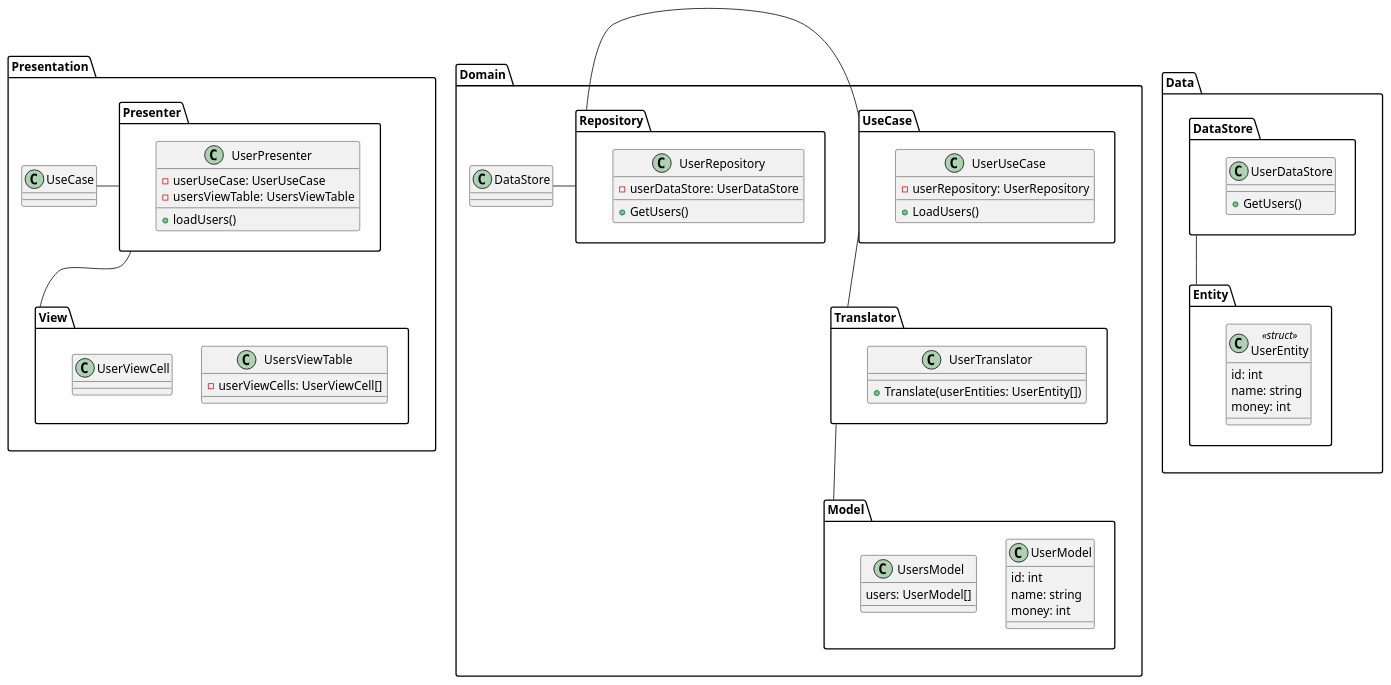
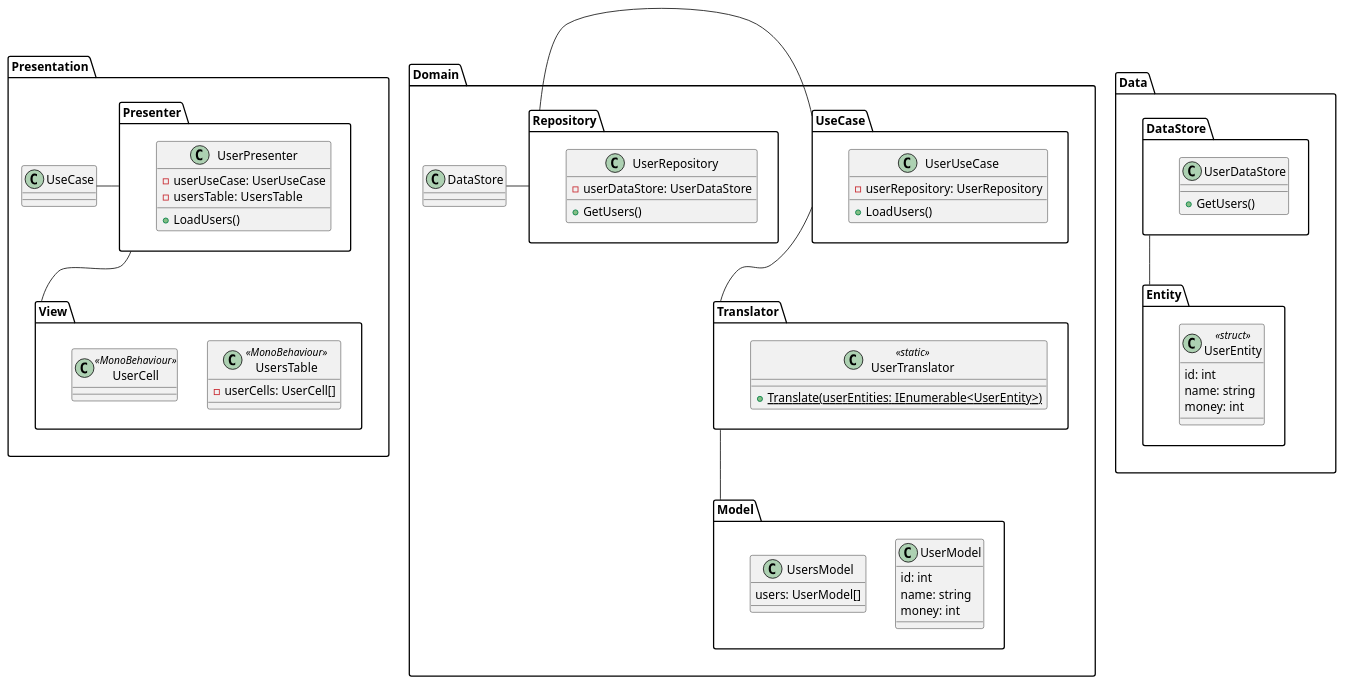
Before and after one commit to ajingu/Quest: the diagram in Architecture/architecture.puml, drawn with PlantUML. The commit also changed 37 other files, not shown here.

```diff
--- a/Architecture/architecture.puml
+++ b/Architecture/architecture.puml
@@ -4,104 +4,104 @@
 @startuml
 package Presentation
 {
     package View
     {
-        class UsersViewTable
+        class UsersTable << MonoBehaviour >>
         {
-            - userViewCells: UserViewCell[]
+            - userCells: UserCell[]
         }
         
-        class UserViewCell
+        class UserCell << MonoBehaviour >>
         {
             
         }
     }
     
     package Presenter
     {
         class UserPresenter
         {
             - userUseCase: UserUseCase
-            - usersViewTable: UsersViewTable
+            - usersTable: UsersTable
             
-            + loadUsers()
+            + LoadUsers()
         }
     }
     
     Presenter -down- View
     Presenter -right- UseCase
 }
 
 package Domain
 {
     package Model
     {
         class UserModel
         {
             id: int
             name: string
             money: int
         }
         
         class UsersModel
         {
             users: UserModel[]
         }
     }
     
     package Translator
     {
-        class UserTranslator
+        class UserTranslator <<static>>
         {
-            + Translate(userEntities: UserEntity[])
+            + {static} Translate(userEntities: IEnumerable<UserEntity>)
         }
     }
     
     package UseCase
     {
         class UserUseCase
         {
             - userRepository: UserRepository
             + LoadUsers()
         }
     }
     
     package Repository
     {
         class UserRepository
         {
             - userDataStore: UserDataStore
             + GetUsers()
         }
     }
     
     UseCase -down- Translator
     Translator -down- Model
     UseCase -right- Repository
     Repository -right- DataStore
 }
 
 package Data
 {
     package DataStore
     {
         class UserDataStore
         {
             + GetUsers()
         }
     }
     
     package Entity
     {
         class UserEntity << struct >>
         {
             id: int
             name: string
             money: int
         }
     }
     
     DataStore -down- Entity
 }
 
 @enduml
```
